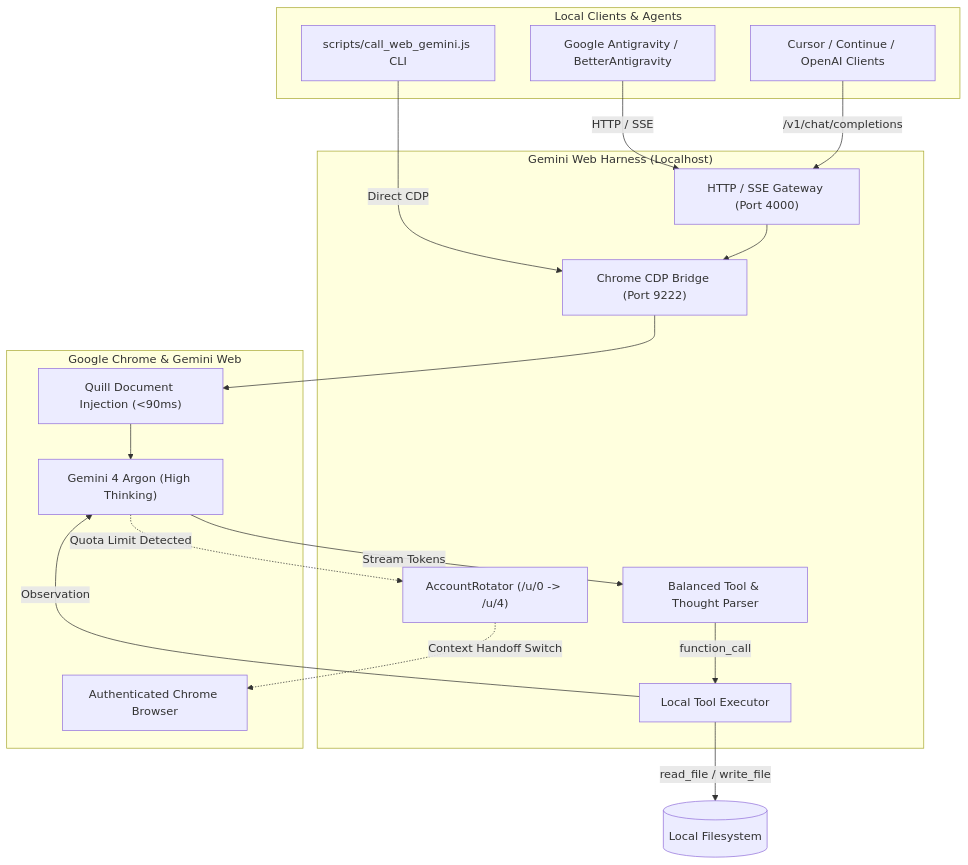
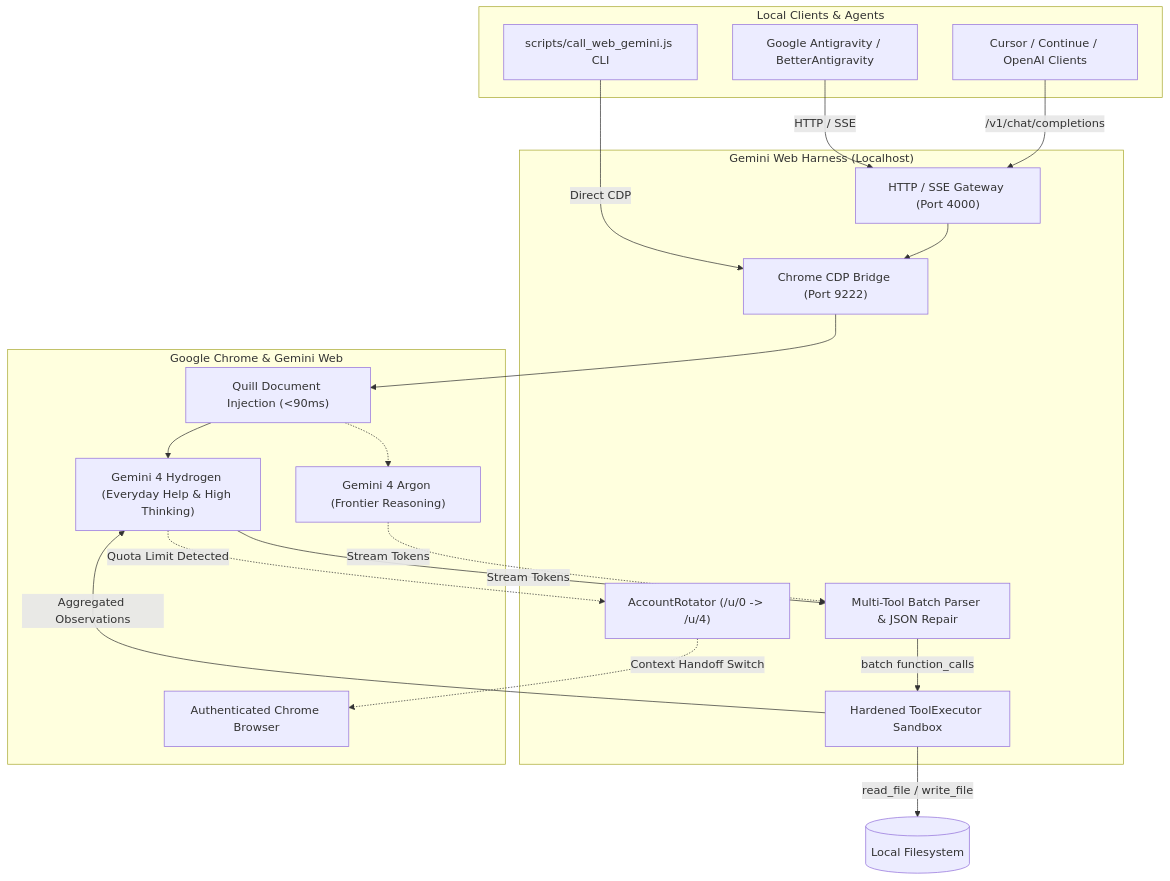
The diagram in README.md (giangero1/gemini-web-harness), drawn with Mermaid before and after one commit. The commit also changed other lines of this file and 1 other file, not shown here.

First line of the commit message:
docs: spotlight Gemini 4 Hydrogen, multi-tool batching, and security sandbox

````diff
--- a/README.md
+++ b/README.md
@@ -60,35 +53,38 @@
 ```mermaid
 flowchart TD
     subgraph Clients["Local Clients & Agents"]
         Agent["Google Antigravity / BetterAntigravity"]
         IDE["Cursor / Continue / OpenAI Clients"]
         CLI["scripts/call_web_gemini.js CLI"]
     end
 
     subgraph Harness["Gemini Web Harness (Localhost)"]
         Gateway["HTTP / SSE Gateway (Port 4000)"]
         CDP["Chrome CDP Bridge (Port 9222)"]
-        Parser["Balanced Tool & Thought Parser"]
+        Parser["Multi-Tool Batch Parser & JSON Repair"]
         Rotator["AccountRotator (/u/0 -> /u/4)"]
-        Tools["Local Tool Executor"]
+        Tools["Hardened ToolExecutor Sandbox"]
     end
 
     subgraph Google["Google Chrome & Gemini Web"]
         Chrome["Authenticated Chrome Browser"]
         Quill["Quill Document Injection (<90ms)"]
-        Argon["Gemini 4 Argon (High Thinking)"]
+        Hydrogen["Gemini 4 Hydrogen (Everyday Help & High Thinking)"]
+        Argon["Gemini 4 Argon (Frontier Reasoning)"]
     end
 
     Agent -->|HTTP / SSE| Gateway
     IDE -->|/v1/chat/completions| Gateway
     CLI -->|Direct CDP| CDP
     Gateway --> CDP
     CDP --> Quill
-    Quill --> Argon
-    Argon -->|Stream Tokens| Parser
-    Parser -->|function_call| Tools
+    Quill --> Hydrogen
+    Quill -.-> Argon
+    Hydrogen -->|Stream Tokens| Parser
+    Argon -.->|Stream Tokens| Parser
+    Parser -->|batch function_calls| Tools
     Tools -->|read_file / write_file| LocalFilesystem[("Local Filesystem")]
-    Tools -->|Observation| Argon
-    Argon -.->|Quota Limit Detected| Rotator
+    Tools -->|Aggregated Observations| Hydrogen
+    Hydrogen -.->|Quota Limit Detected| Rotator
     Rotator -.->|Context Handoff Switch| Chrome
 ```
````
